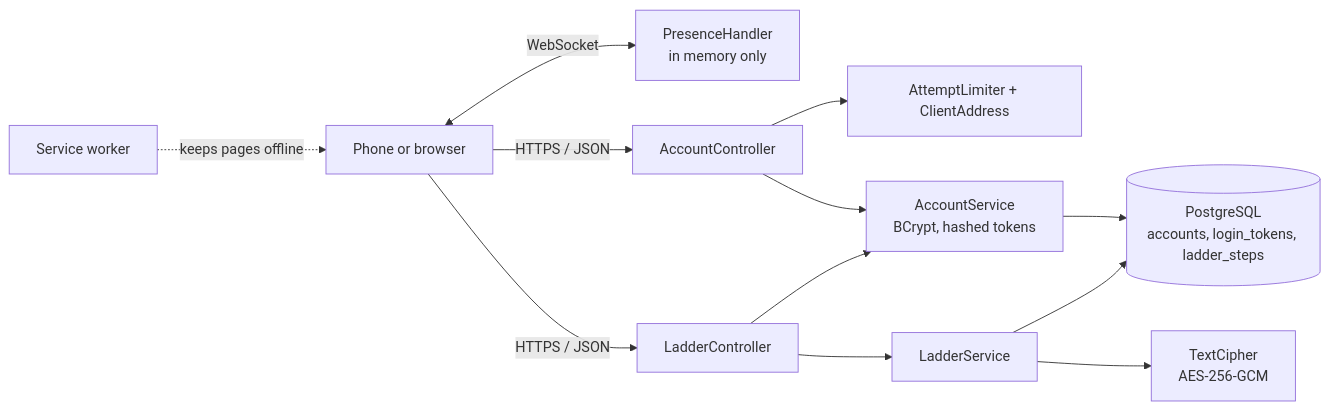
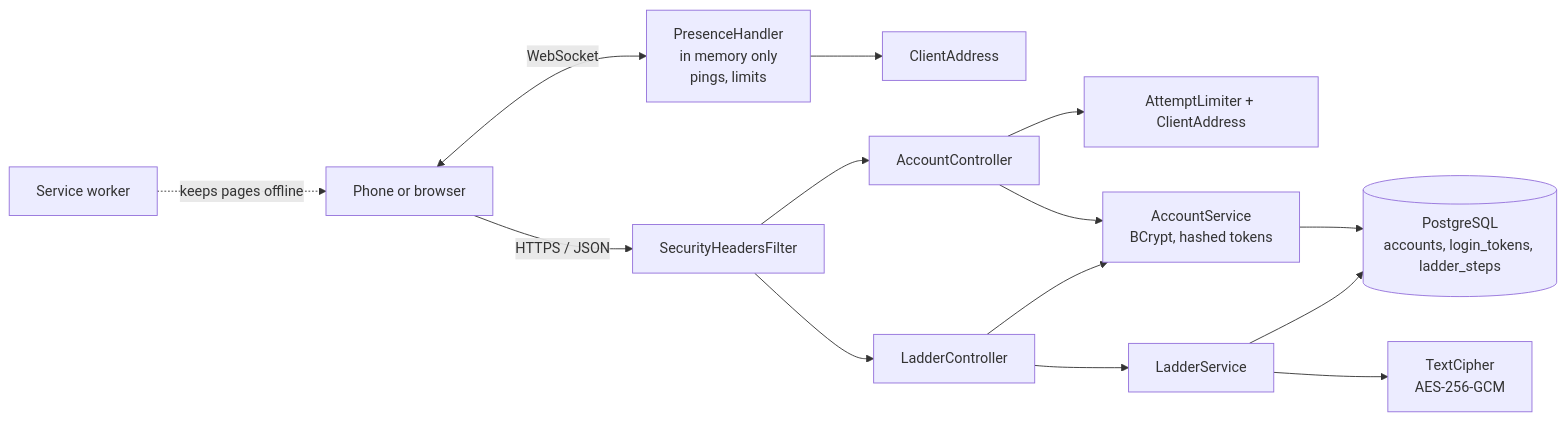
One commit to barakes/neighbors changed the diagram in README.md. Above: the diagram before and after it, drawn with Mermaid. The commit also changed other lines of this file, not shown here.

````diff
--- a/README.md
+++ b/README.md
@@ -90,14 +118,16 @@
 ```mermaid
 flowchart LR
-    P[Phone or browser] <-- WebSocket --> PH[PresenceHandler<br/>in memory only]
-    P -- HTTPS / JSON --> AC[AccountController]
-    P -- HTTPS / JSON --> LC[LadderController]
+    P[Phone or browser] <-- WebSocket --> PH[PresenceHandler<br/>in memory only<br/>pings, limits]
+    PH --> CA[ClientAddress]
+    P -- HTTPS / JSON --> F[SecurityHeadersFilter]
+    F --> AC[AccountController]
+    F --> LC[LadderController]
     AC --> L[AttemptLimiter + ClientAddress]
     AC --> AS[AccountService<br/>BCrypt, hashed tokens]
     LC --> AS
     LC --> LS[LadderService]
     LS --> TC[TextCipher<br/>AES-256-GCM]
     AS --> DB[(PostgreSQL<br/>accounts, login_tokens, ladder_steps)]
     LS --> DB
     SW[Service worker] -. keeps pages offline .-> P
 ```
````
